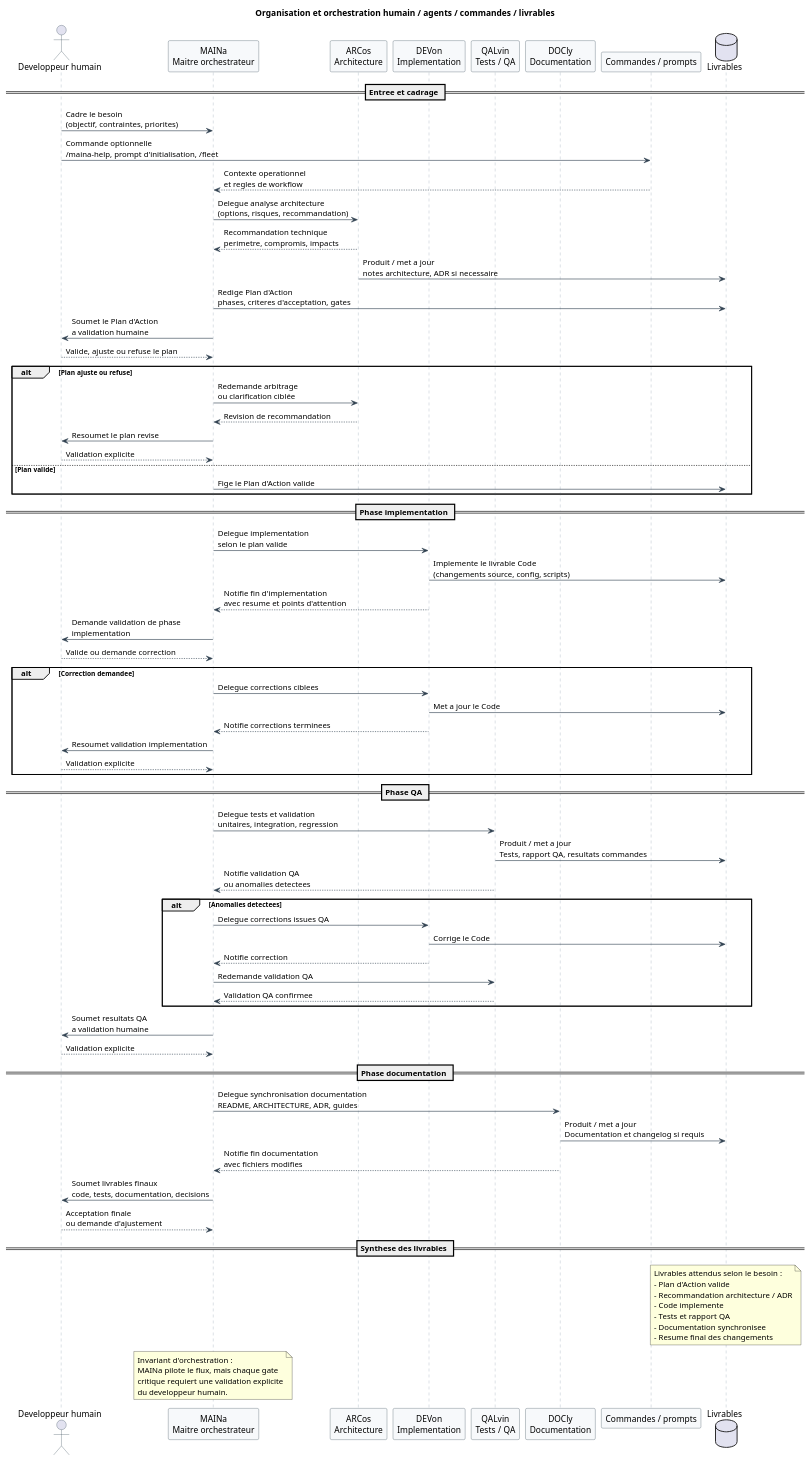
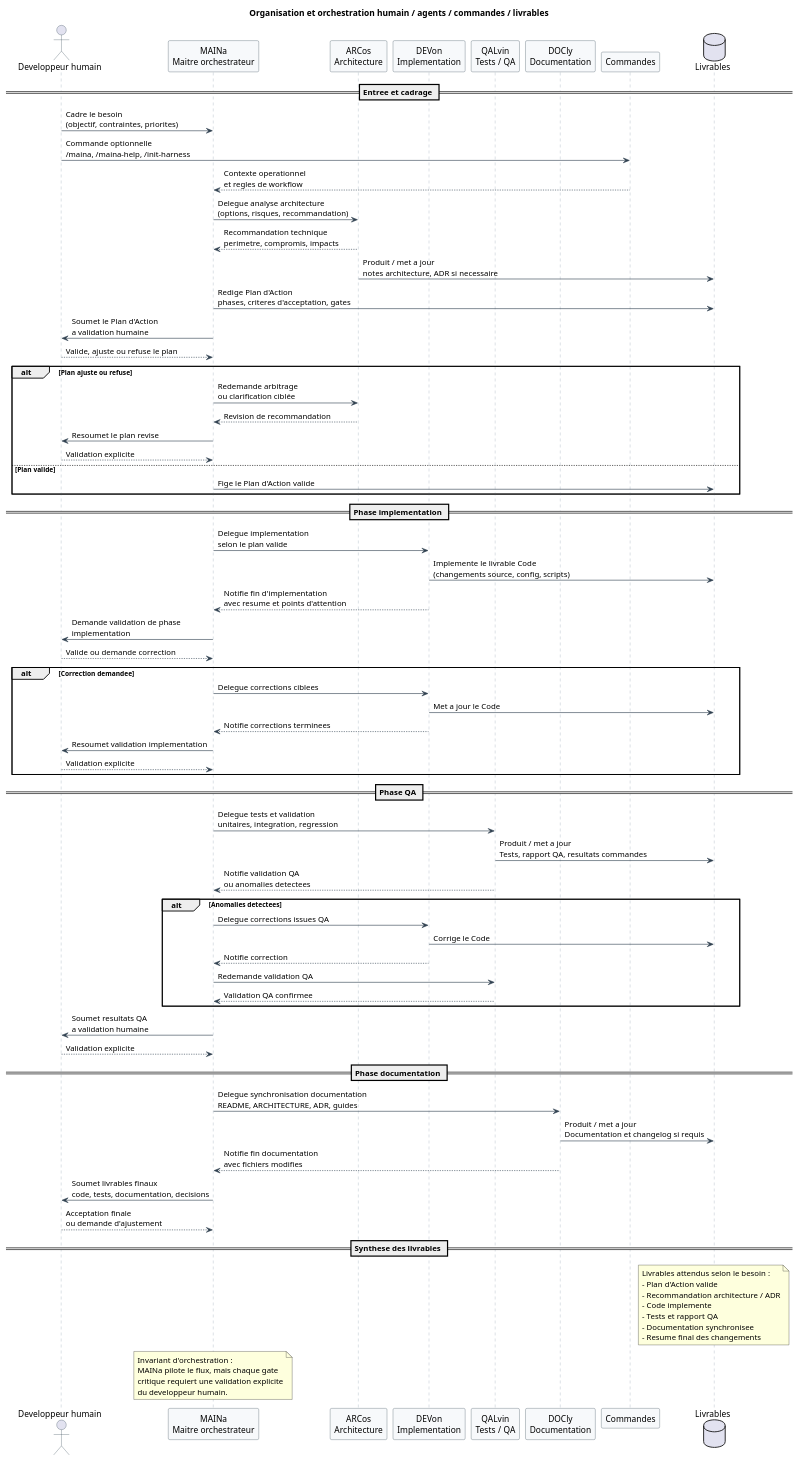
The diagram in docs/diagrams/orchestration-agents.puml (vzwingma/vzwingma), drawn with PlantUML before and after one commit. The commit also changed 23 other files, not shown here.

```diff
--- a/docs/diagrams/orchestration-agents.puml
+++ b/docs/diagrams/orchestration-agents.puml
@@ -1,106 +1,106 @@
 @startuml
 title Organisation et orchestration humain / agents / commandes / livrables
 
 skinparam shadowing false
 skinparam responseMessageBelowArrow true
 skinparam sequence {
   ArrowColor #2f4050
   ActorBorderColor #2f4050
   LifeLineBorderColor #8a9aaa
   ParticipantBorderColor #2f4050
   ParticipantBackgroundColor #f7f9fb
 }
 
 actor "Developpeur humain" as Human
 participant "MAINa\nMaitre orchestrateur" as Maina
 participant "ARCos\nArchitecture" as Arcos
 participant "DEVon\nImplementation" as Devon
 participant "QALvin\nTests / QA" as Qalvin
 participant "DOCly\nDocumentation" as Docly
-participant "Commandes / prompts" as Commands
+participant "Commandes" as Commands
 database "Livrables" as Deliverables
 
 == Entree et cadrage ==
 
 Human -> Maina : Cadre le besoin\n(objectif, contraintes, priorites)
-Human -> Commands : Commande optionnelle\n/maina-help, prompt d'initialisation, /fleet
+Human -> Commands : Commande optionnelle\n/maina, /maina-help, /init-harness
 Commands --> Maina : Contexte operationnel\net regles de workflow
 
 Maina -> Arcos : Delegue analyse architecture\n(options, risques, recommandation)
 Arcos --> Maina : Recommandation technique\nperimetre, compromis, impacts
 Arcos -> Deliverables : Produit / met a jour\nnotes architecture, ADR si necessaire
 
 Maina -> Deliverables : Redige Plan d'Action\nphases, criteres d'acceptation, gates
 Maina -> Human : Soumet le Plan d'Action\na validation humaine
 Human --> Maina : Valide, ajuste ou refuse le plan
 
 alt Plan ajuste ou refuse
   Maina -> Arcos : Redemande arbitrage\nou clarification ciblée
   Arcos --> Maina : Revision de recommandation
   Maina -> Human : Resoumet le plan revise
   Human --> Maina : Validation explicite
 else Plan valide
   Maina -> Deliverables : Fige le Plan d'Action valide
 end
 
 == Phase implementation ==
 
 Maina -> Devon : Delegue implementation\nselon le plan valide
 Devon -> Deliverables : Implemente le livrable Code\n(changements source, config, scripts)
 Devon --> Maina : Notifie fin d'implementation\navec resume et points d'attention
 Maina -> Human : Demande validation de phase\nimplementation
 Human --> Maina : Valide ou demande correction
 
 alt Correction demandee
   Maina -> Devon : Delegue corrections ciblees
   Devon -> Deliverables : Met a jour le Code
   Devon --> Maina : Notifie corrections terminees
   Maina -> Human : Resoumet validation implementation
   Human --> Maina : Validation explicite
 end
 
 == Phase QA ==
 
 Maina -> Qalvin : Delegue tests et validation\nunitaires, integration, regression
 Qalvin -> Deliverables : Produit / met a jour\nTests, rapport QA, resultats commandes
 Qalvin --> Maina : Notifie validation QA\nou anomalies detectees
 
 alt Anomalies detectees
   Maina -> Devon : Delegue corrections issues QA
   Devon -> Deliverables : Corrige le Code
   Devon --> Maina : Notifie correction
   Maina -> Qalvin : Redemande validation QA
   Qalvin --> Maina : Validation QA confirmee
 end
 
 Maina -> Human : Soumet resultats QA\na validation humaine
 Human --> Maina : Validation explicite
 
 == Phase documentation ==
 
 Maina -> Docly : Delegue synchronisation documentation\nREADME, ARCHITECTURE, ADR, guides
 Docly -> Deliverables : Produit / met a jour\nDocumentation et changelog si requis
 Docly --> Maina : Notifie fin documentation\navec fichiers modifies
 Maina -> Human : Soumet livrables finaux\ncode, tests, documentation, decisions
 Human --> Maina : Acceptation finale\nou demande d'ajustement
 
 == Synthese des livrables ==
 
 note over Deliverables
 Livrables attendus selon le besoin :
 - Plan d'Action valide
 - Recommandation architecture / ADR
 - Code implemente
 - Tests et rapport QA
 - Documentation synchronisee
 - Resume final des changements
 end note
 
 note over Maina
 Invariant d'orchestration :
 MAINa pilote le flux, mais chaque gate
 critique requiert une validation explicite
 du developpeur humain.
 end note
 
 @enduml
```
